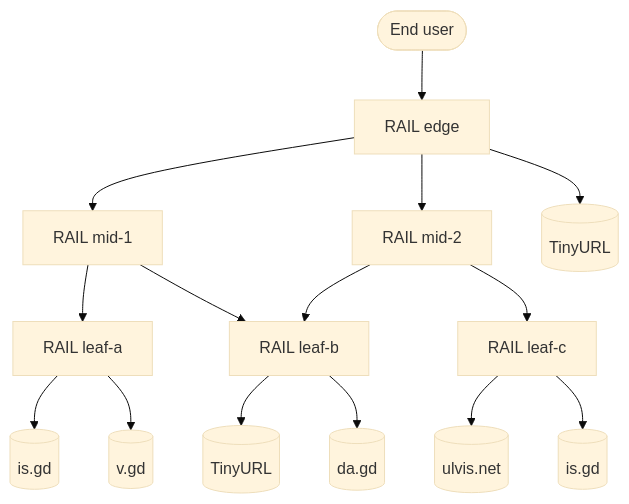
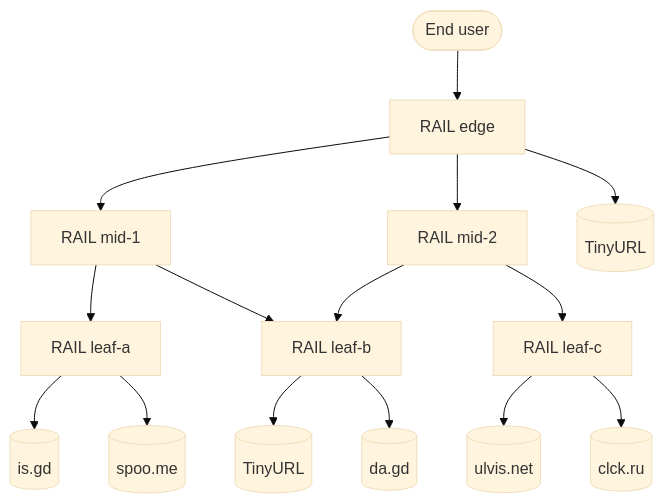
The diagram in README.md (HelgeSverre/rail-rs), drawn with Mermaid (base theme) before and after one commit. The commit also changed other lines of this file, not shown here.

````diff
--- a/README.md
+++ b/README.md
@@ -98,17 +98,17 @@
 ```mermaid
 flowchart TD
     user([End user]) --> edge
     edge[RAIL edge] --> mid1[RAIL mid-1]
     edge --> mid2[RAIL mid-2]
     edge --> tiny1[(TinyURL)]
     mid1 --> leafa[RAIL leaf-a]
     mid1 --> leafb[RAIL leaf-b]
     mid2 --> leafb
     mid2 --> leafc[RAIL leaf-c]
     leafa --> isgd[(is.gd)]
-    leafa --> vgd[(v.gd)]
+    leafa --> spoo[(spoo.me)]
     leafb --> tiny2[(TinyURL)]
     leafb --> dagd[(da.gd)]
     leafc --> ulvis[(ulvis.net)]
-    leafc --> isgd2[(is.gd)]
+    leafc --> clck[(clck.ru)]
 ```
````
